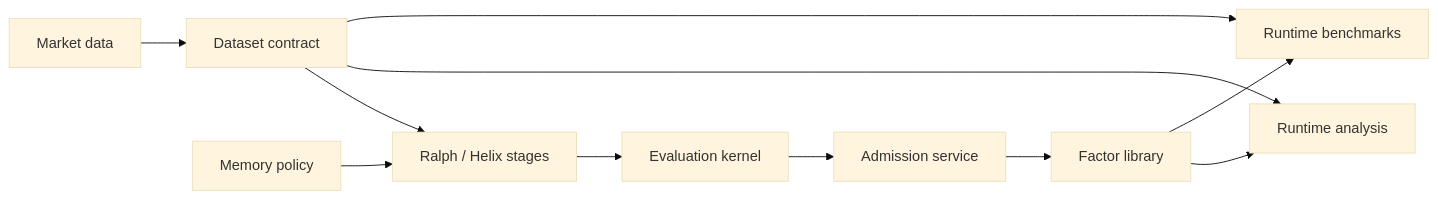
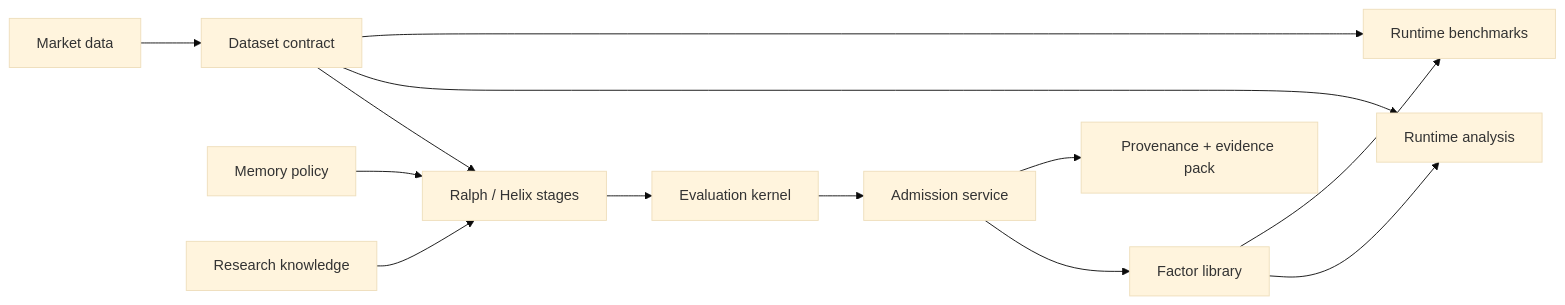
The diagram in README.md (minihellboy/factorminer), drawn with Mermaid (base theme) before and after one commit. The commit also changed other lines of this file and 90 other files, not shown here.

First line of the commit message:
refactor: establish layered architecture and verifiable evidence

````diff
--- a/README.md
+++ b/README.md
@@ -140,13 +151,15 @@
 ```mermaid
 flowchart LR
     D["Market data"] --> C["Dataset contract"]
     C --> L["Ralph / Helix stages"]
     M["Memory policy"] --> L
+    K["Research knowledge"] --> L
     L --> E["Evaluation kernel"]
     E --> A["Admission service"]
     A --> F["Factor library"]
+    A --> P["Provenance + evidence pack"]
     F --> R["Runtime analysis"]
     F --> B["Runtime benchmarks"]
     C --> R
     C --> B
 ```
````
